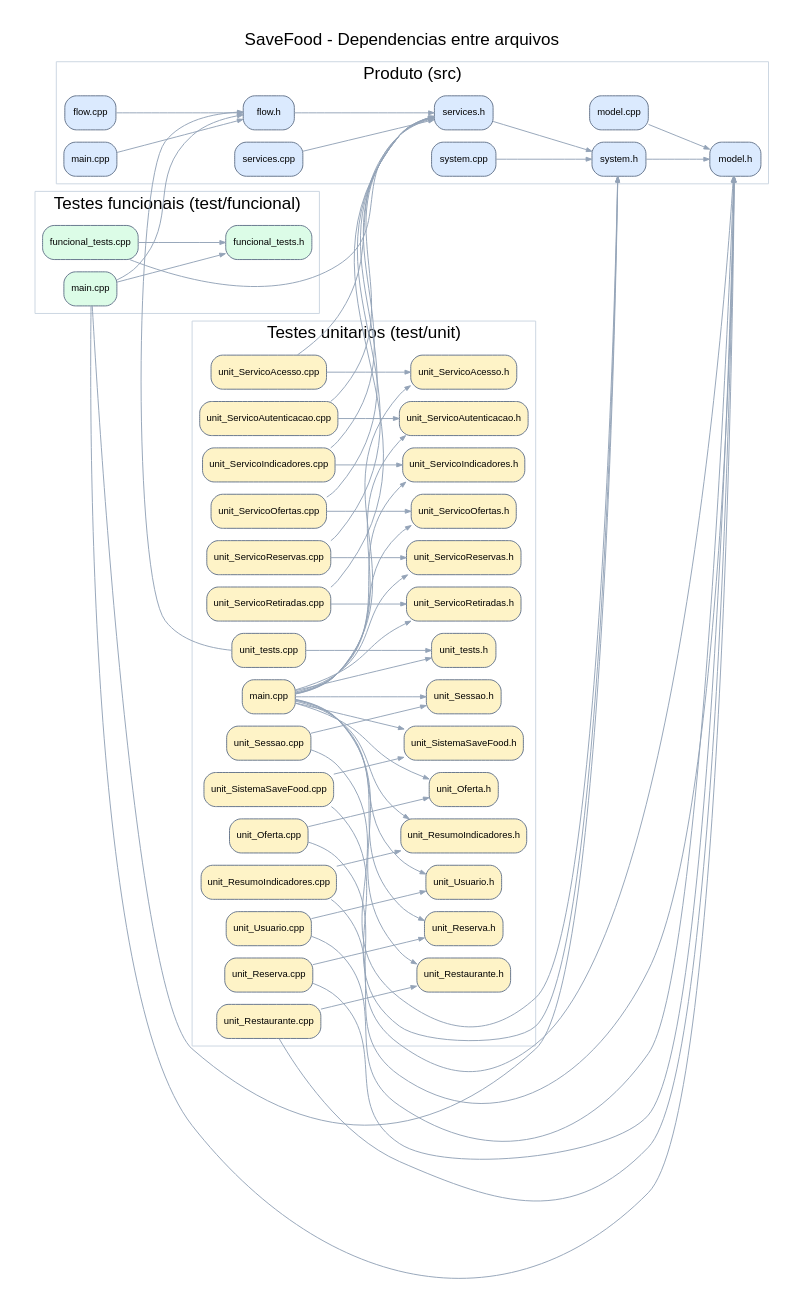
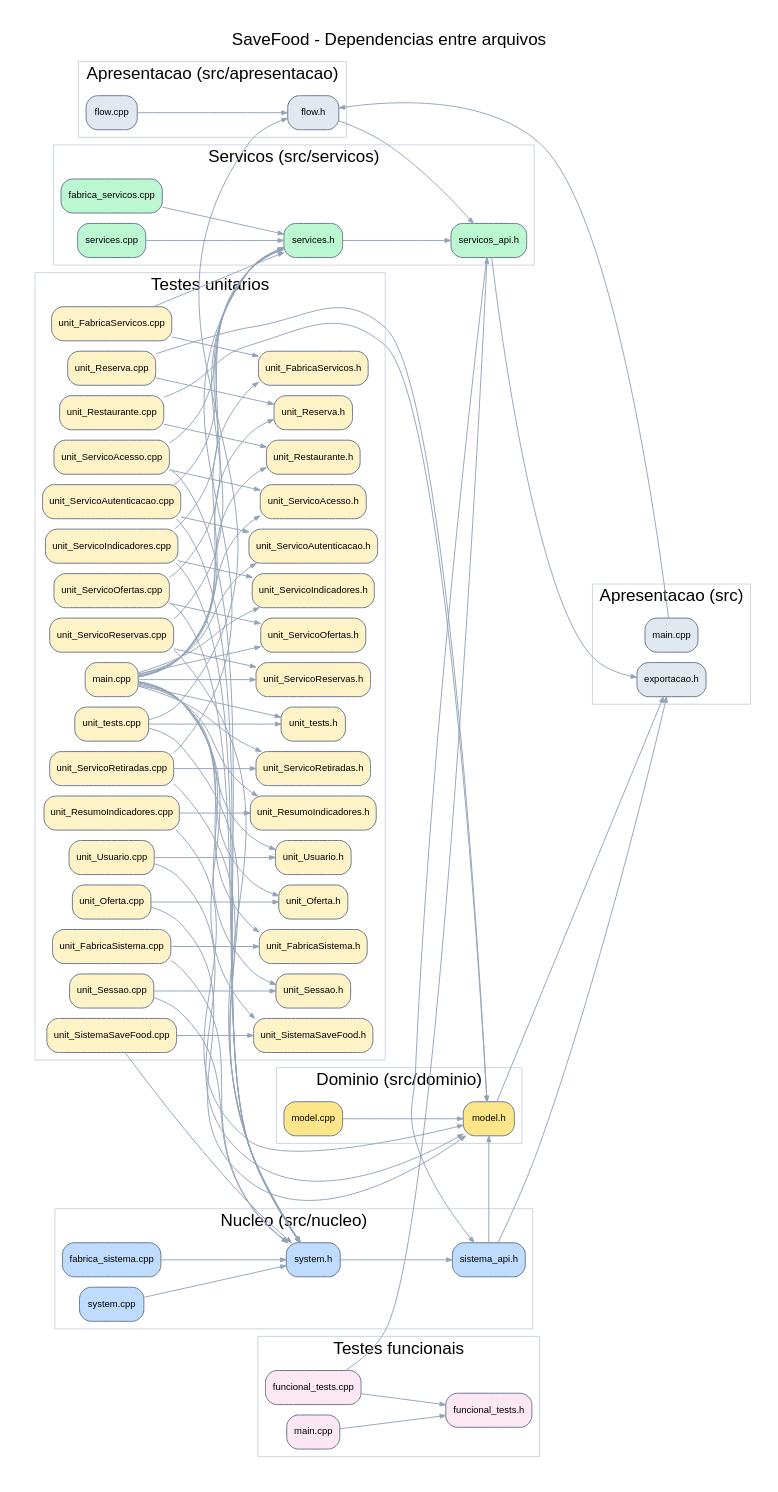
One commit to JaderleyJR/BCC322 changed the diagram in doc/graficos/dependencias.dot. Above: the diagram before and after it, drawn with Graphviz. The commit also changed 503 other files, not shown here.

```diff
--- a/doc/graficos/dependencias.dot
+++ b/doc/graficos/dependencias.dot
@@ -1,108 +1,142 @@
 digraph Dependencias {
-  graph [rankdir=LR, bgcolor="white", pad=.3, nodesep=.18, ranksep=.9, fontname="Arial", label="SaveFood - Dependencias entre arquivos", labelloc=t, fontsize=18];
+  graph [rankdir=LR, bgcolor="white", pad=.3, nodesep=.15, ranksep=1.0, fontname="Arial", label="SaveFood - Dependencias entre arquivos", labelloc=t, fontsize=18];
   node [shape=box, style="rounded,filled", fontname="Arial", fontsize=10, color="#64748b"];
   edge [color="#94a3b8", arrowsize=.6];
-  subgraph "cluster_src" { label="Produto (src)"; color="#cbd5e1";
-    "src/flow.cpp" [label="flow.cpp", fillcolor="#dbeafe"];
-    "src/flow.h" [label="flow.h", fillcolor="#dbeafe"];
-    "src/main.cpp" [label="main.cpp", fillcolor="#dbeafe"];
-    "src/model.cpp" [label="model.cpp", fillcolor="#dbeafe"];
-    "src/model.h" [label="model.h", fillcolor="#dbeafe"];
-    "src/services.cpp" [label="services.cpp", fillcolor="#dbeafe"];
-    "src/services.h" [label="services.h", fillcolor="#dbeafe"];
-    "src/system.cpp" [label="system.cpp", fillcolor="#dbeafe"];
-    "src/system.h" [label="system.h", fillcolor="#dbeafe"];
+  subgraph "cluster_src" { label="Apresentacao (src)"; color="#cbd5e1";
+    "src/exportacao.h" [label="exportacao.h", fillcolor="#e2e8f0"];
+    "src/main.cpp" [label="main.cpp", fillcolor="#e2e8f0"];
   }
-  subgraph "cluster_test/unit" { label="Testes unitarios (test/unit)"; color="#cbd5e1";
+  subgraph "cluster_src/apresentacao" { label="Apresentacao (src/apresentacao)"; color="#cbd5e1";
+    "src/apresentacao/flow.cpp" [label="flow.cpp", fillcolor="#e2e8f0"];
+    "src/apresentacao/flow.h" [label="flow.h", fillcolor="#e2e8f0"];
+  }
+  subgraph "cluster_src/servicos" { label="Servicos (src/servicos)"; color="#cbd5e1";
+    "src/servicos/fabrica_servicos.cpp" [label="fabrica_servicos.cpp", fillcolor="#bbf7d0"];
+    "src/servicos/services.cpp" [label="services.cpp", fillcolor="#bbf7d0"];
+    "src/servicos/services.h" [label="services.h", fillcolor="#bbf7d0"];
+    "src/servicos/servicos_api.h" [label="servicos_api.h", fillcolor="#bbf7d0"];
+  }
+  subgraph "cluster_src/nucleo" { label="Nucleo (src/nucleo)"; color="#cbd5e1";
+    "src/nucleo/fabrica_sistema.cpp" [label="fabrica_sistema.cpp", fillcolor="#bfdbfe"];
+    "src/nucleo/sistema_api.h" [label="sistema_api.h", fillcolor="#bfdbfe"];
+    "src/nucleo/system.cpp" [label="system.cpp", fillcolor="#bfdbfe"];
+    "src/nucleo/system.h" [label="system.h", fillcolor="#bfdbfe"];
+  }
+  subgraph "cluster_src/dominio" { label="Dominio (src/dominio)"; color="#cbd5e1";
+    "src/dominio/model.cpp" [label="model.cpp", fillcolor="#fde68a"];
+    "src/dominio/model.h" [label="model.h", fillcolor="#fde68a"];
+  }
+  subgraph "cluster_test/unit" { label="Testes unitarios"; color="#cbd5e1";
     "test/unit/main.cpp" [label="main.cpp", fillcolor="#fef3c7"];
+    "test/unit/unit_FabricaServicos.cpp" [label="unit_FabricaServicos.cpp", fillcolor="#fef3c7"];
+    "test/unit/unit_FabricaServicos.h" [label="unit_FabricaServicos.h", fillcolor="#fef3c7"];
+    "test/unit/unit_FabricaSistema.cpp" [label="unit_FabricaSistema.cpp", fillcolor="#fef3c7"];
+    "test/unit/unit_FabricaSistema.h" [label="unit_FabricaSistema.h", fillcolor="#fef3c7"];
     "test/unit/unit_Oferta.cpp" [label="unit_Oferta.cpp", fillcolor="#fef3c7"];
     "test/unit/unit_Oferta.h" [label="unit_Oferta.h", fillcolor="#fef3c7"];
     "test/unit/unit_Reserva.cpp" [label="unit_Reserva.cpp", fillcolor="#fef3c7"];
     "test/unit/unit_Reserva.h" [label="unit_Reserva.h", fillcolor="#fef3c7"];
     "test/unit/unit_Restaurante.cpp" [label="unit_Restaurante.cpp", fillcolor="#fef3c7"];
     "test/unit/unit_Restaurante.h" [label="unit_Restaurante.h", fillcolor="#fef3c7"];
     "test/unit/unit_ResumoIndicadores.cpp" [label="unit_ResumoIndicadores.cpp", fillcolor="#fef3c7"];
     "test/unit/unit_ResumoIndicadores.h" [label="unit_ResumoIndicadores.h", fillcolor="#fef3c7"];
     "test/unit/unit_ServicoAcesso.cpp" [label="unit_ServicoAcesso.cpp", fillcolor="#fef3c7"];
     "test/unit/unit_ServicoAcesso.h" [label="unit_ServicoAcesso.h", fillcolor="#fef3c7"];
     "test/unit/unit_ServicoAutenticacao.cpp" [label="unit_ServicoAutenticacao.cpp", fillcolor="#fef3c7"];
     "test/unit/unit_ServicoAutenticacao.h" [label="unit_ServicoAutenticacao.h", fillcolor="#fef3c7"];
     "test/unit/unit_ServicoIndicadores.cpp" [label="unit_ServicoIndicadores.cpp", fillcolor="#fef3c7"];
     "test/unit/unit_ServicoIndicadores.h" [label="unit_ServicoIndicadores.h", fillcolor="#fef3c7"];
     "test/unit/unit_ServicoOfertas.cpp" [label="unit_ServicoOfertas.cpp", fillcolor="#fef3c7"];
     "test/unit/unit_ServicoOfertas.h" [label="unit_ServicoOfertas.h", fillcolor="#fef3c7"];
     "test/unit/unit_ServicoReservas.cpp" [label="unit_ServicoReservas.cpp", fillcolor="#fef3c7"];
     "test/unit/unit_ServicoReservas.h" [label="unit_ServicoReservas.h", fillcolor="#fef3c7"];
     "test/unit/unit_ServicoRetiradas.cpp" [label="unit_ServicoRetiradas.cpp", fillcolor="#fef3c7"];
     "test/unit/unit_ServicoRetiradas.h" [label="unit_ServicoRetiradas.h", fillcolor="#fef3c7"];
     "test/unit/unit_Sessao.cpp" [label="unit_Sessao.cpp", fillcolor="#fef3c7"];
     "test/unit/unit_Sessao.h" [label="unit_Sessao.h", fillcolor="#fef3c7"];
     "test/unit/unit_SistemaSaveFood.cpp" [label="unit_SistemaSaveFood.cpp", fillcolor="#fef3c7"];
     "test/unit/unit_SistemaSaveFood.h" [label="unit_SistemaSaveFood.h", fillcolor="#fef3c7"];
     "test/unit/unit_Usuario.cpp" [label="unit_Usuario.cpp", fillcolor="#fef3c7"];
     "test/unit/unit_Usuario.h" [label="unit_Usuario.h", fillcolor="#fef3c7"];
     "test/unit/unit_tests.cpp" [label="unit_tests.cpp", fillcolor="#fef3c7"];
     "test/unit/unit_tests.h" [label="unit_tests.h", fillcolor="#fef3c7"];
   }
-  subgraph "cluster_test/funcional" { label="Testes funcionais (test/funcional)"; color="#cbd5e1";
-    "test/funcional/funcional_tests.cpp" [label="funcional_tests.cpp", fillcolor="#dcfce7"];
-    "test/funcional/funcional_tests.h" [label="funcional_tests.h", fillcolor="#dcfce7"];
-    "test/funcional/main.cpp" [label="main.cpp", fillcolor="#dcfce7"];
+  subgraph "cluster_test/funcional" { label="Testes funcionais"; color="#cbd5e1";
+    "test/funcional/funcional_tests.cpp" [label="funcional_tests.cpp", fillcolor="#fce7f3"];
+    "test/funcional/funcional_tests.h" [label="funcional_tests.h", fillcolor="#fce7f3"];
+    "test/funcional/main.cpp" [label="main.cpp", fillcolor="#fce7f3"];
   }
-  "src/flow.cpp" -> "src/flow.h";
-  "src/flow.h" -> "src/services.h";
-  "src/main.cpp" -> "src/flow.h";
-  "src/model.cpp" -> "src/model.h";
-  "src/services.cpp" -> "src/services.h";
-  "src/services.h" -> "src/system.h";
-  "src/system.cpp" -> "src/system.h";
-  "src/system.h" -> "src/model.h";
+  "src/apresentacao/flow.cpp" -> "src/apresentacao/flow.h";
+  "src/apresentacao/flow.h" -> "src/servicos/servicos_api.h";
+  "src/dominio/model.cpp" -> "src/dominio/model.h";
+  "src/dominio/model.h" -> "src/exportacao.h";
+  "src/main.cpp" -> "src/apresentacao/flow.h";
+  "src/nucleo/fabrica_sistema.cpp" -> "src/nucleo/system.h";
+  "src/nucleo/sistema_api.h" -> "src/exportacao.h";
+  "src/nucleo/sistema_api.h" -> "src/dominio/model.h";
+  "src/nucleo/system.cpp" -> "src/nucleo/system.h";
+  "src/nucleo/system.h" -> "src/nucleo/sistema_api.h";
+  "src/servicos/fabrica_servicos.cpp" -> "src/servicos/services.h";
+  "src/servicos/services.cpp" -> "src/servicos/services.h";
+  "src/servicos/services.h" -> "src/servicos/servicos_api.h";
+  "src/servicos/servicos_api.h" -> "src/exportacao.h";
+  "src/servicos/servicos_api.h" -> "src/nucleo/sistema_api.h";
   "test/funcional/funcional_tests.cpp" -> "test/funcional/funcional_tests.h";
-  "test/funcional/funcional_tests.cpp" -> "src/services.h";
+  "test/funcional/funcional_tests.cpp" -> "src/servicos/servicos_api.h";
   "test/funcional/main.cpp" -> "test/funcional/funcional_tests.h";
-  "test/funcional/main.cpp" -> "src/model.h";
-  "test/funcional/main.cpp" -> "src/system.h";
-  "test/funcional/main.cpp" -> "src/flow.h";
   "test/unit/main.cpp" -> "test/unit/unit_tests.h";
   "test/unit/main.cpp" -> "test/unit/unit_Restaurante.h";
   "test/unit/main.cpp" -> "test/unit/unit_Usuario.h";
   "test/unit/main.cpp" -> "test/unit/unit_Sessao.h";
   "test/unit/main.cpp" -> "test/unit/unit_Oferta.h";
   "test/unit/main.cpp" -> "test/unit/unit_Reserva.h";
   "test/unit/main.cpp" -> "test/unit/unit_ResumoIndicadores.h";
   "test/unit/main.cpp" -> "test/unit/unit_SistemaSaveFood.h";
   "test/unit/main.cpp" -> "test/unit/unit_ServicoAutenticacao.h";
   "test/unit/main.cpp" -> "test/unit/unit_ServicoAcesso.h";
   "test/unit/main.cpp" -> "test/unit/unit_ServicoOfertas.h";
   "test/unit/main.cpp" -> "test/unit/unit_ServicoReservas.h";
   "test/unit/main.cpp" -> "test/unit/unit_ServicoRetiradas.h";
   "test/unit/main.cpp" -> "test/unit/unit_ServicoIndicadores.h";
+  "test/unit/main.cpp" -> "test/unit/unit_FabricaSistema.h";
+  "test/unit/main.cpp" -> "test/unit/unit_FabricaServicos.h";
+  "test/unit/unit_FabricaServicos.cpp" -> "test/unit/unit_FabricaServicos.h";
+  "test/unit/unit_FabricaServicos.cpp" -> "src/servicos/services.h";
+  "test/unit/unit_FabricaSistema.cpp" -> "test/unit/unit_FabricaSistema.h";
+  "test/unit/unit_FabricaSistema.cpp" -> "src/nucleo/system.h";
   "test/unit/unit_Oferta.cpp" -> "test/unit/unit_Oferta.h";
-  "test/unit/unit_Oferta.cpp" -> "src/model.h";
+  "test/unit/unit_Oferta.cpp" -> "src/dominio/model.h";
   "test/unit/unit_Reserva.cpp" -> "test/unit/unit_Reserva.h";
-  "test/unit/unit_Reserva.cpp" -> "src/model.h";
+  "test/unit/unit_Reserva.cpp" -> "src/dominio/model.h";
   "test/unit/unit_Restaurante.cpp" -> "test/unit/unit_Restaurante.h";
-  "test/unit/unit_Restaurante.cpp" -> "src/model.h";
+  "test/unit/unit_Restaurante.cpp" -> "src/dominio/model.h";
   "test/unit/unit_ResumoIndicadores.cpp" -> "test/unit/unit_ResumoIndicadores.h";
-  "test/unit/unit_ResumoIndicadores.cpp" -> "src/model.h";
+  "test/unit/unit_ResumoIndicadores.cpp" -> "src/dominio/model.h";
   "test/unit/unit_ServicoAcesso.cpp" -> "test/unit/unit_ServicoAcesso.h";
-  "test/unit/unit_ServicoAcesso.cpp" -> "src/services.h";
+  "test/unit/unit_ServicoAcesso.cpp" -> "src/servicos/services.h";
+  "test/unit/unit_ServicoAcesso.cpp" -> "src/nucleo/system.h";
   "test/unit/unit_ServicoAutenticacao.cpp" -> "test/unit/unit_ServicoAutenticacao.h";
-  "test/unit/unit_ServicoAutenticacao.cpp" -> "src/services.h";
+  "test/unit/unit_ServicoAutenticacao.cpp" -> "src/servicos/services.h";
+  "test/unit/unit_ServicoAutenticacao.cpp" -> "src/nucleo/system.h";
   "test/unit/unit_ServicoIndicadores.cpp" -> "test/unit/unit_ServicoIndicadores.h";
-  "test/unit/unit_ServicoIndicadores.cpp" -> "src/services.h";
+  "test/unit/unit_ServicoIndicadores.cpp" -> "src/servicos/services.h";
+  "test/unit/unit_ServicoIndicadores.cpp" -> "src/nucleo/system.h";
   "test/unit/unit_ServicoOfertas.cpp" -> "test/unit/unit_ServicoOfertas.h";
-  "test/unit/unit_ServicoOfertas.cpp" -> "src/services.h";
+  "test/unit/unit_ServicoOfertas.cpp" -> "src/servicos/services.h";
+  "test/unit/unit_ServicoOfertas.cpp" -> "src/nucleo/system.h";
   "test/unit/unit_ServicoReservas.cpp" -> "test/unit/unit_ServicoReservas.h";
-  "test/unit/unit_ServicoReservas.cpp" -> "src/services.h";
+  "test/unit/unit_ServicoReservas.cpp" -> "src/servicos/services.h";
+  "test/unit/unit_ServicoReservas.cpp" -> "src/nucleo/system.h";
   "test/unit/unit_ServicoRetiradas.cpp" -> "test/unit/unit_ServicoRetiradas.h";
-  "test/unit/unit_ServicoRetiradas.cpp" -> "src/services.h";
+  "test/unit/unit_ServicoRetiradas.cpp" -> "src/servicos/services.h";
+  "test/unit/unit_ServicoRetiradas.cpp" -> "src/nucleo/system.h";
   "test/unit/unit_Sessao.cpp" -> "test/unit/unit_Sessao.h";
-  "test/unit/unit_Sessao.cpp" -> "src/system.h";
+  "test/unit/unit_Sessao.cpp" -> "src/nucleo/system.h";
   "test/unit/unit_SistemaSaveFood.cpp" -> "test/unit/unit_SistemaSaveFood.h";
-  "test/unit/unit_SistemaSaveFood.cpp" -> "src/system.h";
+  "test/unit/unit_SistemaSaveFood.cpp" -> "src/nucleo/system.h";
   "test/unit/unit_Usuario.cpp" -> "test/unit/unit_Usuario.h";
-  "test/unit/unit_Usuario.cpp" -> "src/model.h";
+  "test/unit/unit_Usuario.cpp" -> "src/dominio/model.h";
   "test/unit/unit_tests.cpp" -> "test/unit/unit_tests.h";
-  "test/unit/unit_tests.cpp" -> "src/flow.h";
+  "test/unit/unit_tests.cpp" -> "src/apresentacao/flow.h";
+  "test/unit/unit_tests.cpp" -> "src/nucleo/system.h";
 }
```
